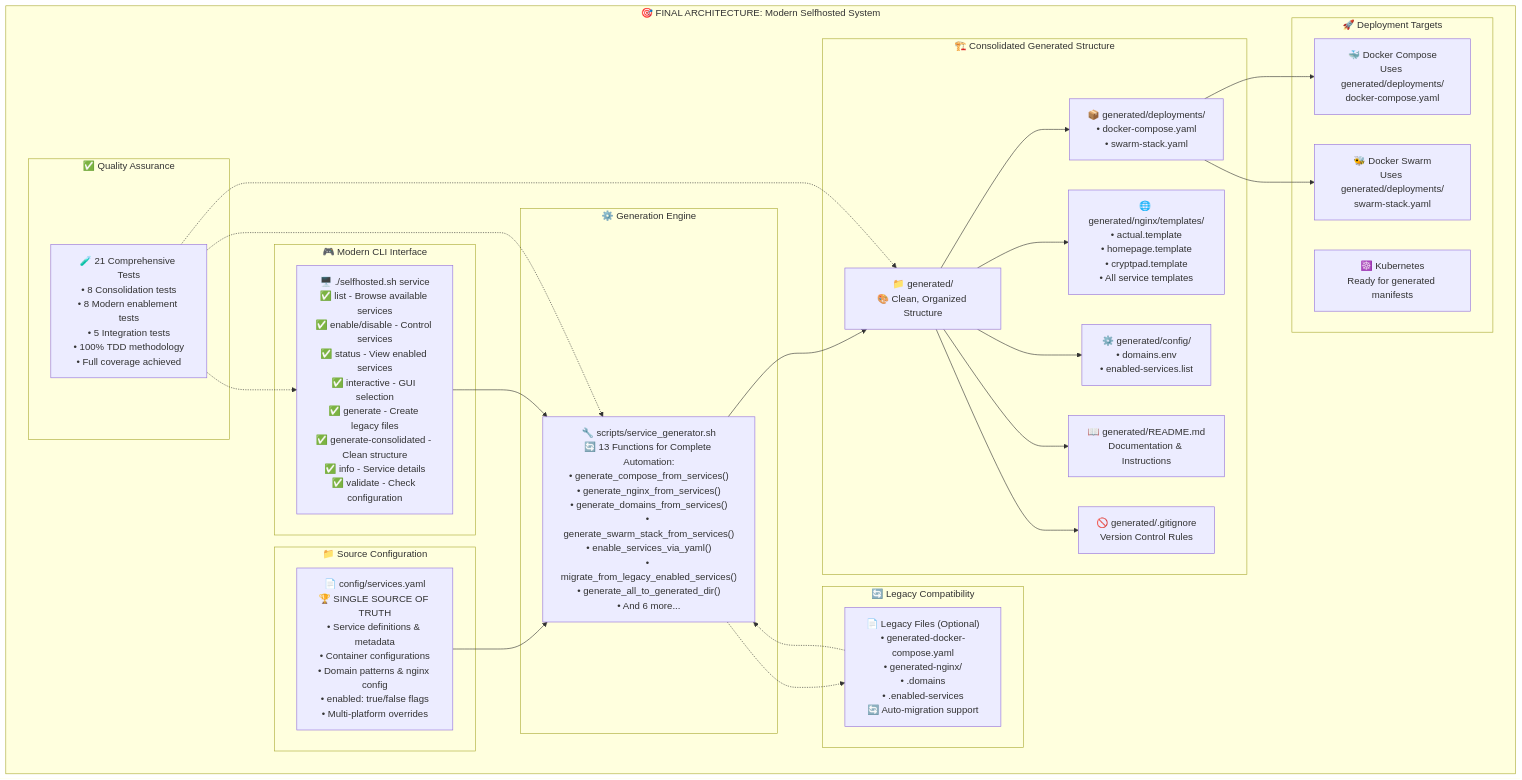
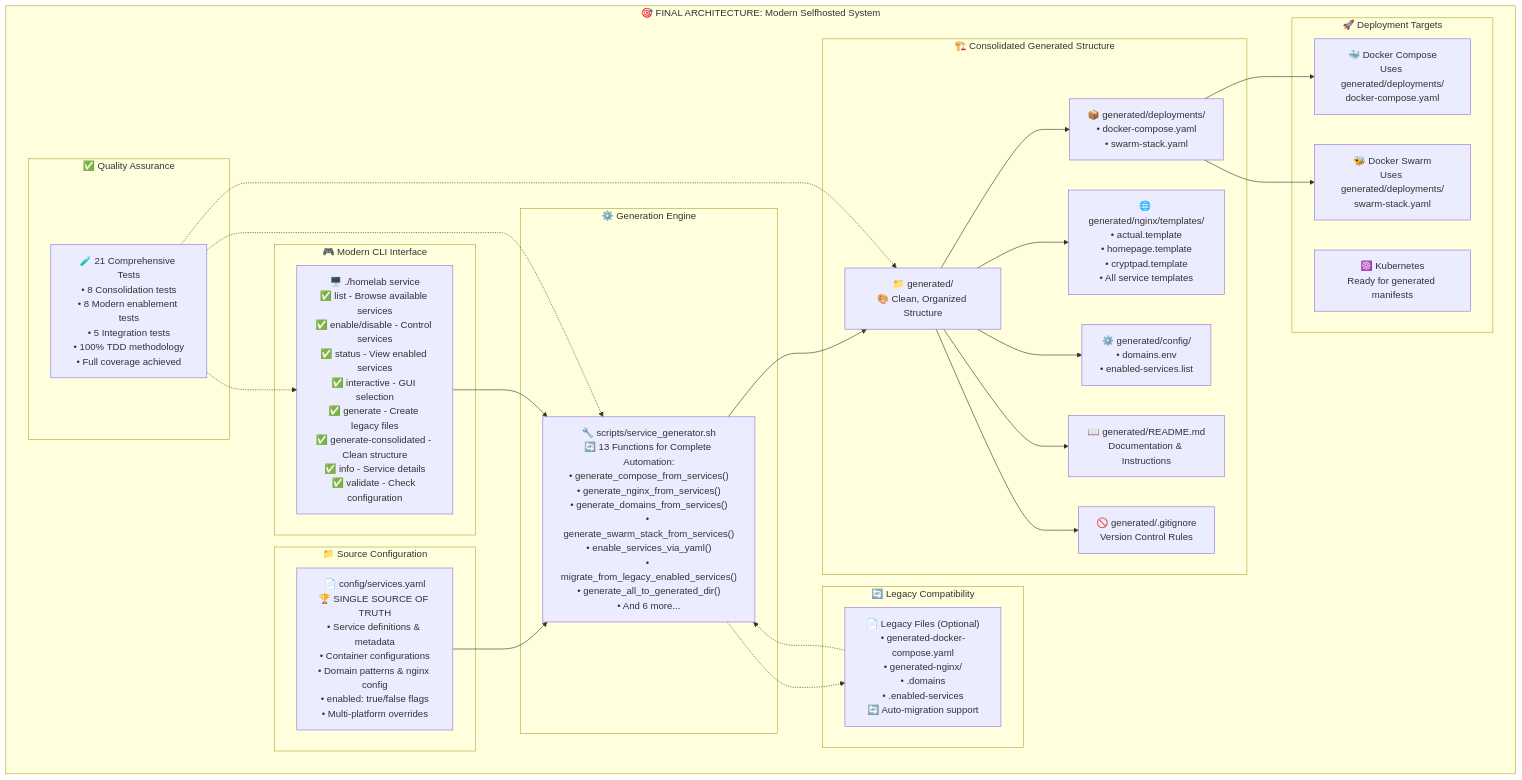
One commit to chutch3/homelab changed the diagram in docs/architecture.md. Above: the diagram before and after it, drawn with Mermaid. The commit also changed other lines of this file and 14 other files, not shown here.

Commit message:
docs: renamed from selfhosted.sh to homelab

````diff
--- a/docs/architecture.md
+++ b/docs/architecture.md
@@ -9,64 +9,64 @@
 ```mermaid
 graph TB
     subgraph "🎯 FINAL ARCHITECTURE: Modern Selfhosted System"
         subgraph "📁 Source Configuration"
             CONFIG["📄 config/services.yaml<br/>🏆 SINGLE SOURCE OF TRUTH<br/>• Service definitions & metadata<br/>• Container configurations<br/>• Domain patterns & nginx config<br/>• enabled: true/false flags<br/>• Multi-platform overrides"]
         end
 
         subgraph "🎮 Modern CLI Interface"
-            CLI["🖥️ ./selfhosted.sh service<br/>✅ list - Browse available services<br/>✅ enable/disable - Control services<br/>✅ status - View enabled services<br/>✅ interactive - GUI selection<br/>✅ generate - Create legacy files<br/>✅ generate-consolidated - Clean structure<br/>✅ info - Service details<br/>✅ validate - Check configuration"]
+            CLI["🖥️ ./homelab service<br/>✅ list - Browse available services<br/>✅ enable/disable - Control services<br/>✅ status - View enabled services<br/>✅ interactive - GUI selection<br/>✅ generate - Create legacy files<br/>✅ generate-consolidated - Clean structure<br/>✅ info - Service details<br/>✅ validate - Check configuration"]
         end
 
         subgraph "⚙️ Generation Engine"
             GENERATOR["🔧 scripts/service_generator.sh<br/>🔄 13 Functions for Complete Automation:<br/>• generate_compose_from_services()<br/>• generate_nginx_from_services()<br/>• generate_domains_from_services()<br/>• generate_swarm_stack_from_services()<br/>• enable_services_via_yaml()<br/>• migrate_from_legacy_enabled_services()<br/>• generate_all_to_generated_dir()<br/>• And 6 more..."]
         end
 
         subgraph "🏗️ Consolidated Generated Structure"
             GENDIR["📁 generated/<br/>🎨 Clean, Organized Structure"]
             DEPLOYMENTS["📦 generated/deployments/<br/>• docker-compose.yaml<br/>• swarm-stack.yaml"]
             NGINX_GEN["🌐 generated/nginx/templates/<br/>• actual.template<br/>• homepage.template<br/>• cryptpad.template<br/>• All service templates"]
             GENCONFIG["⚙️ generated/config/<br/>• domains.env<br/>• enabled-services.list"]
             README_GEN["📖 generated/README.md<br/>Documentation & Instructions"]
             GITIGNORE["🚫 generated/.gitignore<br/>Version Control Rules"]
         end
 
         subgraph "🔄 Legacy Compatibility"
             LEGACY["📄 Legacy Files (Optional)<br/>• generated-docker-compose.yaml<br/>• generated-nginx/<br/>• .domains<br/>• .enabled-services<br/>🔄 Auto-migration support"]
         end
 
         subgraph "🚀 Deployment Targets"
             DCOMPOSE["🐳 Docker Compose<br/>Uses generated/deployments/<br/>docker-compose.yaml"]
             DSWARM["🐝 Docker Swarm<br/>Uses generated/deployments/<br/>swarm-stack.yaml"]
             K8S["☸️ Kubernetes<br/>Ready for generated manifests"]
         end
 
         subgraph "✅ Quality Assurance"
             TESTS["🧪 21 Comprehensive Tests<br/>• 8 Consolidation tests<br/>• 8 Modern enablement tests<br/>• 5 Integration tests<br/>• 100% TDD methodology<br/>• Full coverage achieved"]
         end
     end
 
     %% Main generation flow
     CONFIG --> GENERATOR
     CLI --> GENERATOR
     GENERATOR --> GENDIR
 
     %% Consolidated structure
     GENDIR --> DEPLOYMENTS
     GENDIR --> NGINX_GEN
     GENDIR --> GENCONFIG
     GENDIR --> README_GEN
     GENDIR --> GITIGNORE
 
     %% Deployment flow
     DEPLOYMENTS --> DCOMPOSE
     DEPLOYMENTS --> DSWARM
 
     %% Legacy support
     GENERATOR -.-> LEGACY
     LEGACY -.-> GENERATOR
 
     %% Testing
     TESTS -.-> GENERATOR
     TESTS -.-> CLI
     TESTS -.-> GENDIR
 ```
````
